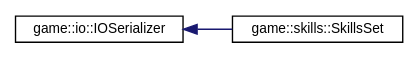
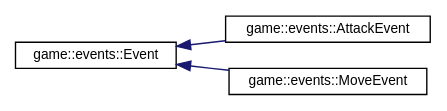
The diagram in inherit_graph_5.dot (Wisteca/FilRougeDoc), drawn with Graphviz before and after one commit. The commit also changed 162 other files, not shown here.

```diff
--- a/inherit_graph_5.dot
+++ b/inherit_graph_5.dot
@@ -1,10 +1,12 @@
 digraph "Graphical Class Hierarchy"
 {
  // LATEX_PDF_SIZE
   edge [fontname="Helvetica",fontsize="10",labelfontname="Helvetica",labelfontsize="10"];
   node [fontname="Helvetica",fontsize="10",shape=record];
   rankdir="LR";
-  Node0 [label="game::io::IOSerializer",height=0.2,width=0.4,color="black", fillcolor="white", style="filled",URL="$classgame_1_1io_1_1_i_o_serializer.html",tooltip="Interface each class that can be serialized/deserialized from a xml file must implement."];
+  Node0 [label="game::events::Event",height=0.2,width=0.4,color="black", fillcolor="white", style="filled",URL="$classgame_1_1events_1_1_event.html",tooltip="Superclass of any event."];
   Node0 -> Node1 [dir="back",color="midnightblue",fontsize="10",style="solid",fontname="Helvetica"];
-  Node1 [label="game::skills::SkillsSet",height=0.2,width=0.4,color="black", fillcolor="white", style="filled",URL="$classgame_1_1skills_1_1_skills_set.html",tooltip="A set of all skills each Entity has with useful methods to manage them."];
+  Node1 [label="game::events::AttackEvent",height=0.2,width=0.4,color="black", fillcolor="white", style="filled",URL="$classgame_1_1events_1_1_attack_event.html",tooltip="Processed when an entity attacks another."];
+  Node0 -> Node2 [dir="back",color="midnightblue",fontsize="10",style="solid",fontname="Helvetica"];
+  Node2 [label="game::events::MoveEvent",height=0.2,width=0.4,color="black", fillcolor="white", style="filled",URL="$classgame_1_1events_1_1_move_event.html",tooltip="Processed when an entity moves."];
 }
```
